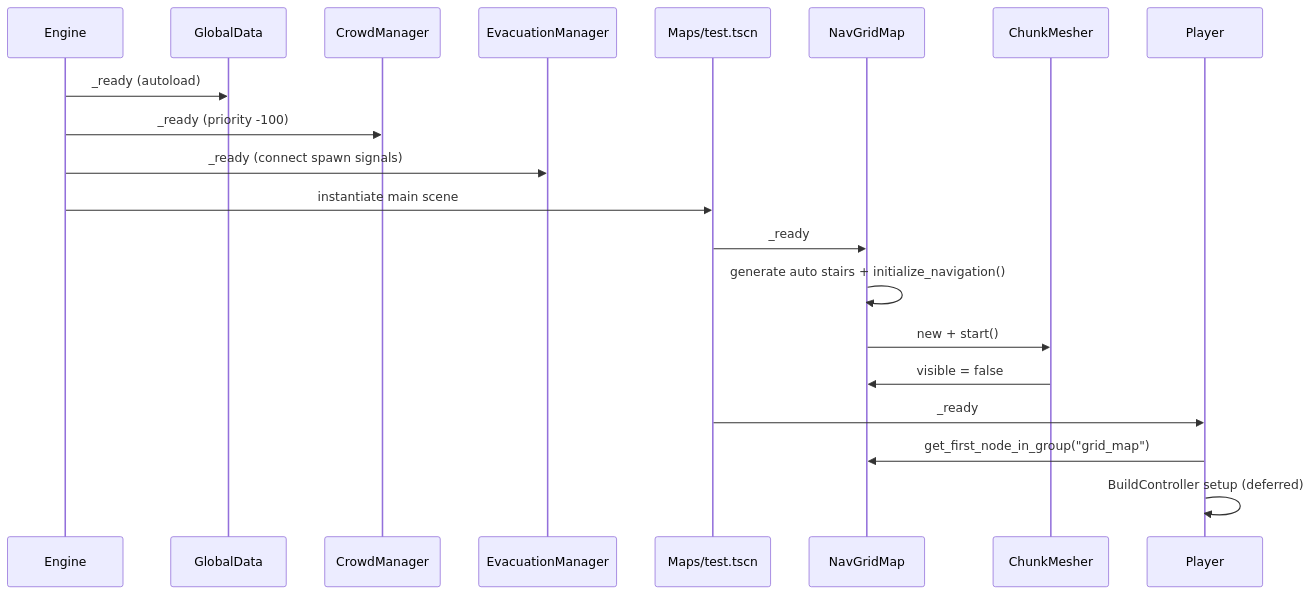
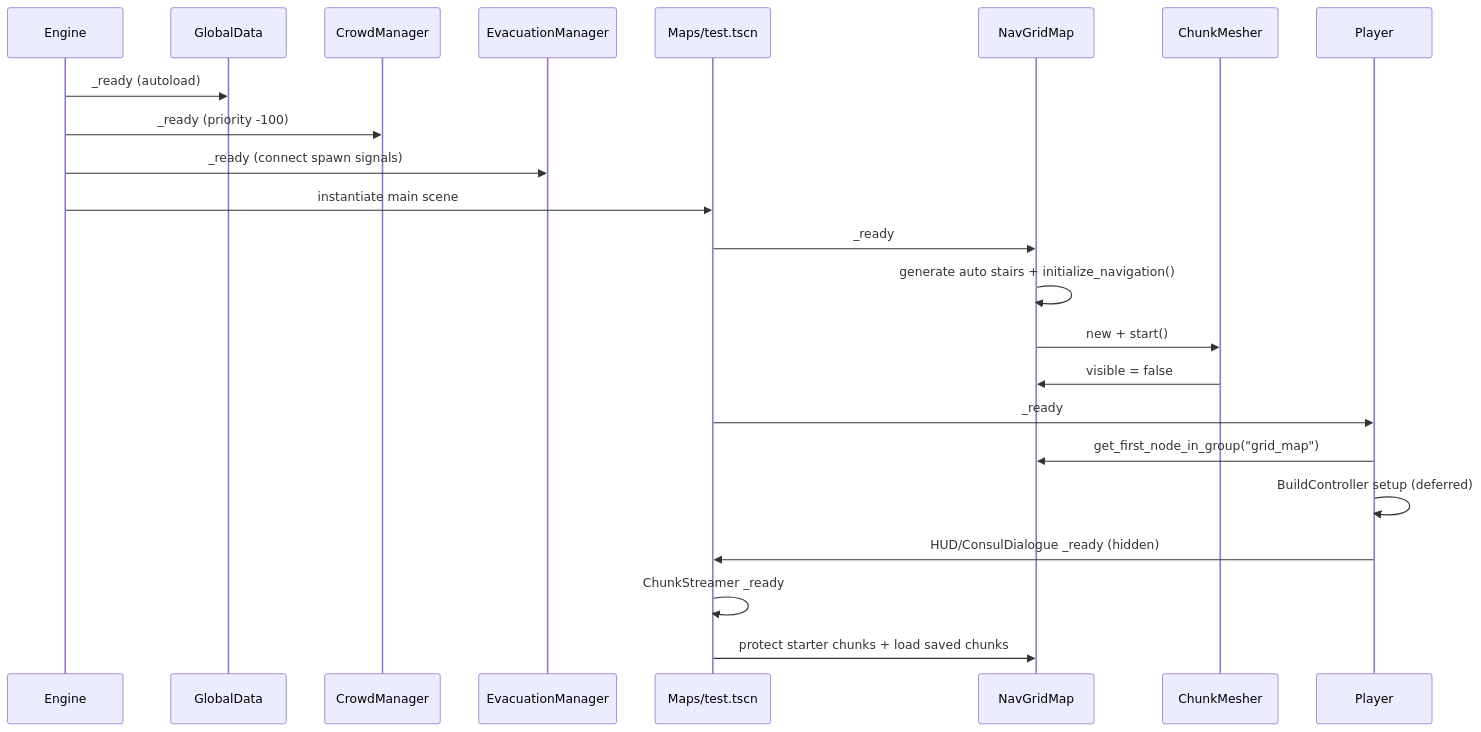
Before and after one commit to edlawrence2008-sys/Evacuation_Route_Optimizer: the first of 3 diagrams in docs/CODEBASE_ANALYSIS.md, drawn with Mermaid. The commit also changed other lines of this file and 545 other files, not shown here.

````diff
--- a/docs/CODEBASE_ANALYSIS.md
+++ b/docs/CODEBASE_ANALYSIS.md
@@ -474,23 +899,26 @@
 ```mermaid
 sequenceDiagram
     participant Engine
     participant GlobalData
     participant CrowdManager
     participant EvacuationManager
     participant Test as Maps/test.tscn
     participant Grid as NavGridMap
     participant Mesher as ChunkMesher
     participant Player
 
     Engine->>GlobalData: _ready (autoload)
     Engine->>CrowdManager: _ready (priority -100)
     Engine->>EvacuationManager: _ready (connect spawn signals)
     Engine->>Test: instantiate main scene
     Test->>Grid: _ready
     Grid->>Grid: generate auto stairs + initialize_navigation()
     Grid->>Mesher: new + start()
     Mesher->>Grid: visible = false
     Test->>Player: _ready
     Player->>Grid: get_first_node_in_group("grid_map")
     Player->>Player: BuildController setup (deferred)
+    Player->>Test: HUD/ConsulDialogue _ready (hidden)
+    Test->>Test: ChunkStreamer _ready
+    Test->>Grid: protect starter chunks + load saved chunks
 ```
````
